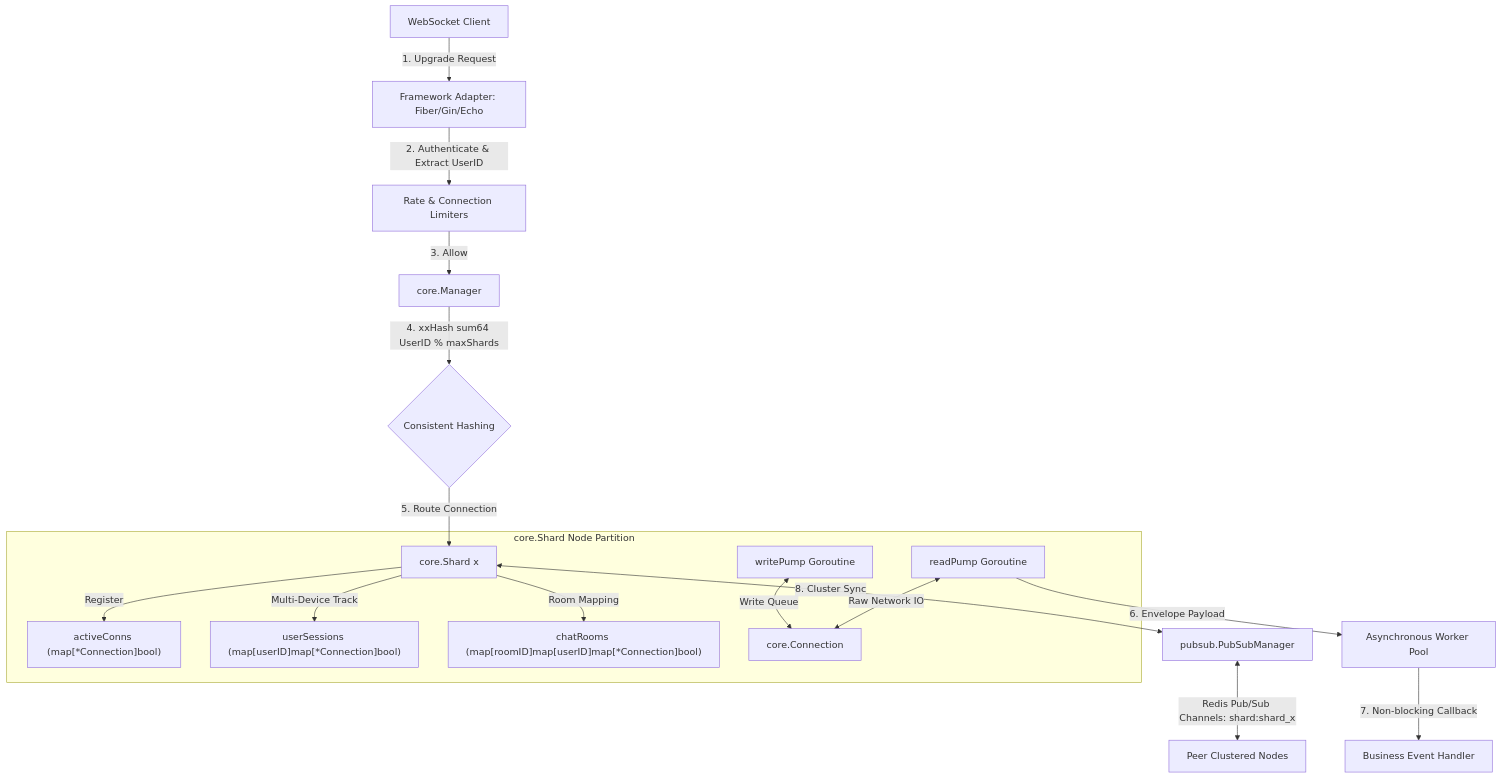
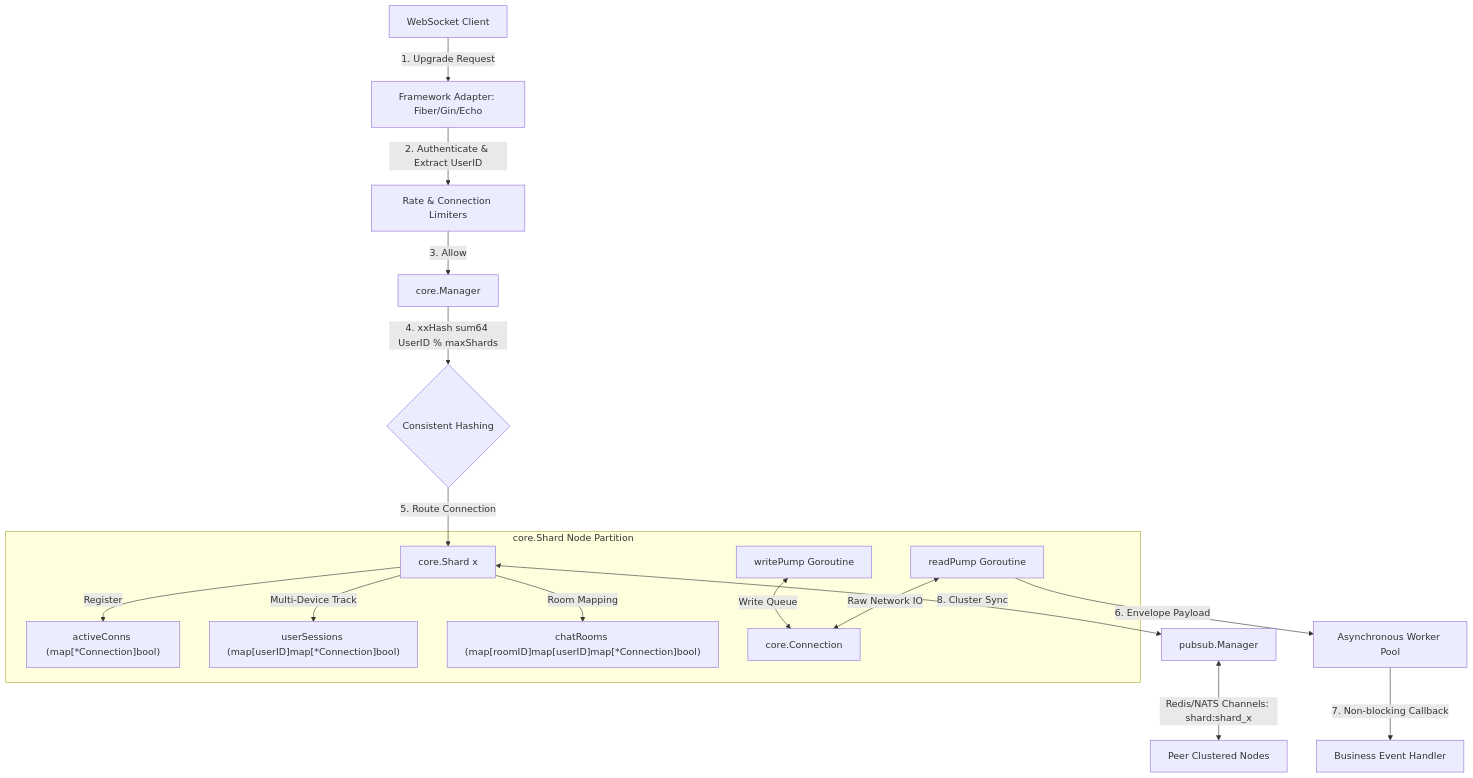
Before and after one commit to thanhbvha/go-common: the diagram in websocket/README.md, drawn with Mermaid. The commit also changed other lines of this file, not shown here.

Commit message:
docs(websocket): update README to reflect PubSub DI refactoring

````diff
--- a/websocket/README.md
+++ b/websocket/README.md
@@ -20,23 +20,23 @@
 ```mermaid
 graph TD
     Client[WebSocket Client] -->|1. Upgrade Request| Adapter[Framework Adapter: Fiber/Gin/Echo]
     Adapter -->|2. Authenticate & Extract UserID| Limiter[Rate & Connection Limiters]
     Limiter -->|3. Allow| Manager[core.Manager]
     Manager -->|4. xxHash sum64 UserID % maxShards| Router{Consistent Hashing}
     Router -->|5. Route Connection| Shard[core.Shard x]
     
     subgraph Shard Internals [core.Shard Node Partition]
         Shard -->|Register| activeConns["activeConns (map[*Connection]bool)"]
         Shard -->|Multi-Device Track| userSessions["userSessions (map[userID]map[*Connection]bool)"]
         Shard -->|Room Mapping| chatRooms["chatRooms (map[roomID]map[userID]map[*Connection]bool)"]
         
         readPump[readPump Goroutine] <-->|Raw Network IO| conn[core.Connection]
         writePump[writePump Goroutine] <-->|Write Queue| conn
     end
 
     readPump -->|6. Envelope Payload| WorkerPool[Asynchronous Worker Pool]
     WorkerPool -->|7. Non-blocking Callback| Handler[Business Event Handler]
     
-    Shard <-->|8. Cluster Sync| PubSub[pubsub.PubSubManager]
-    PubSub <-->|Redis Pub/Sub Channels: shard:shard_x| PeerNodes[Peer Clustered Nodes]
+    Shard <-->|8. Cluster Sync| PubSub[pubsub.Manager]
+    PubSub <-->|Redis/NATS Channels: shard:shard_x| PeerNodes[Peer Clustered Nodes]
 ```
````
